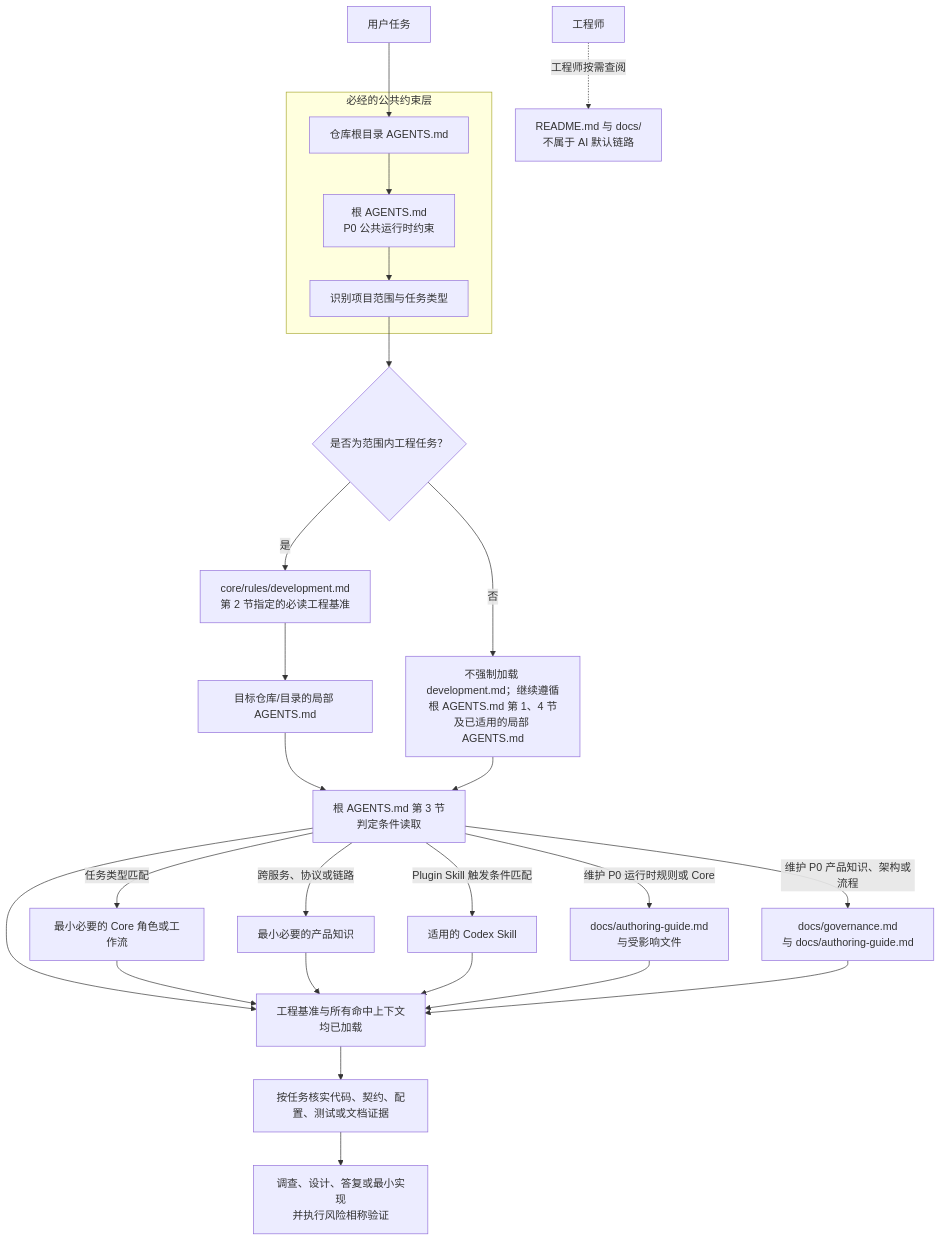
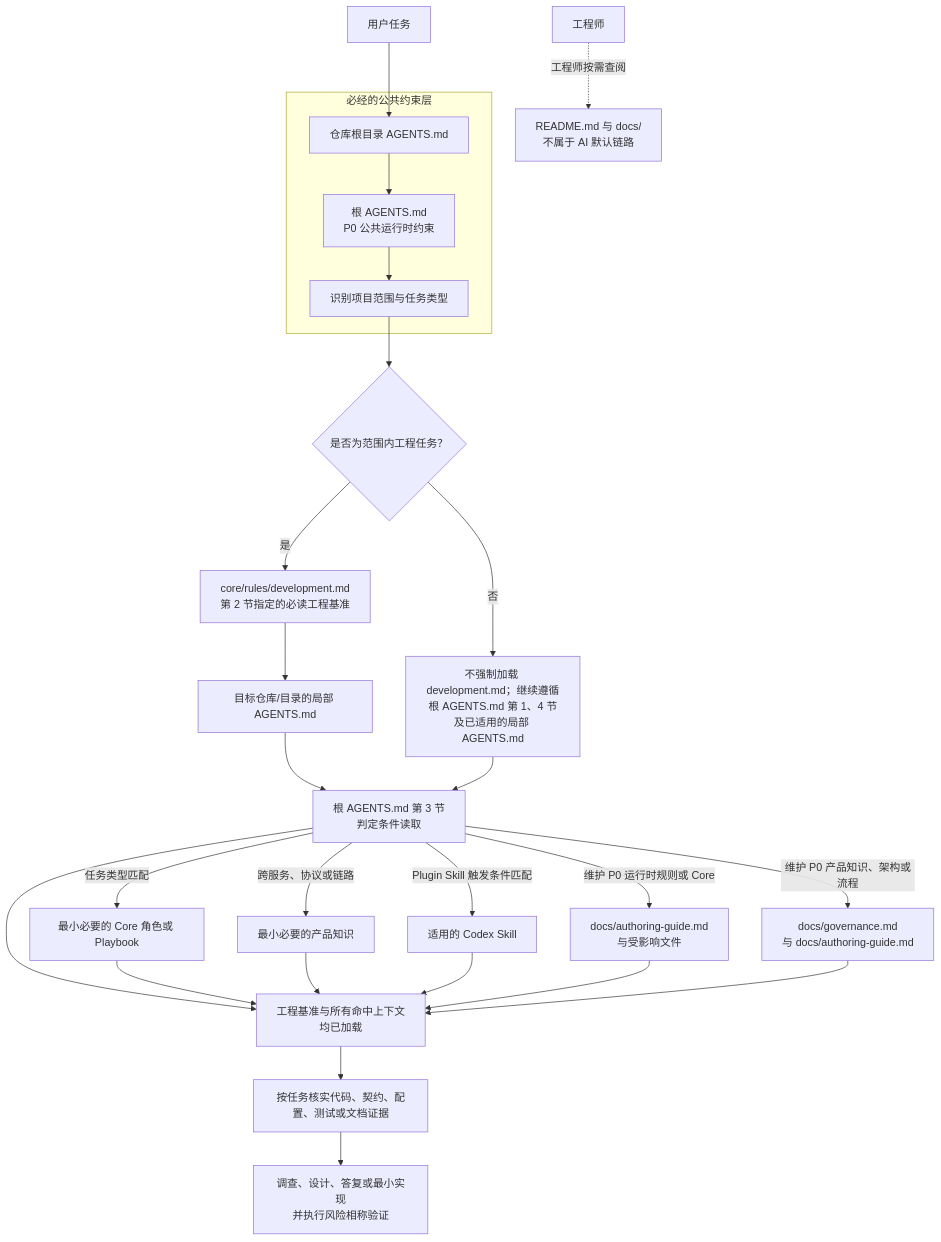
The first of 2 diagrams in docs/project-guide.md (cnxutu/tu-engineering-workbench), drawn with Mermaid before and after one commit. The commit also changed other lines of this file and 44 other files, not shown here.

````diff
--- a/docs/project-guide.md
+++ b/docs/project-guide.md
@@ -9,30 +9,30 @@
 ```mermaid
 flowchart TD
     U[用户任务] --> R
     subgraph REQUIRED[必经的公共约束层]
         R[仓库根目录 AGENTS.md]
         P01[根 AGENTS.md\nP0 公共运行时约束]
         S[识别项目范围与任务类型]
         R --> P01 --> S
     end
     S --> W{是否为范围内工程任务？}
     W -->|是| D[core/rules/development.md\n第 2 节指定的必读工程基准]
     D --> L[目标仓库/目录的局部 AGENTS.md]
     L --> B[根 AGENTS.md 第 3 节\n判定条件读取]
-    B -->|任务类型匹配| CR[最小必要的 Core 角色或工作流]
+    B -->|任务类型匹配| CR[最小必要的 Core 角色或 Playbook]
     B -->|跨服务、协议或链路| PK[最小必要的产品知识]
     B -->|Plugin Skill 触发条件匹配| SK[适用的 Codex Skill]
     B -->|维护 P0 运行时规则或 Core| RG[docs/authoring-guide.md\n与受影响文件]
     B -->|维护 P0 产品知识、架构或流程| MG[docs/governance.md\n与 docs/authoring-guide.md]
     B --> C[工程基准与所有命中上下文\n均已加载]
     CR --> C
     PK --> C
     SK --> C
     RG --> C
     MG --> C
     C --> E[按任务核实代码、契约、配置、测试或文档证据]
     E --> I[调查、设计、答复或最小实现\n并执行风险相称验证]
     W -->|否| A[不强制加载 development.md；继续遵循\n根 AGENTS.md 第 1、4 节\n及已适用的局部 AGENTS.md]
     A --> B
     M[工程师] -. 工程师按需查阅 .-> H[README.md 与 docs/\n不属于 AI 默认链路]
 ```
````
